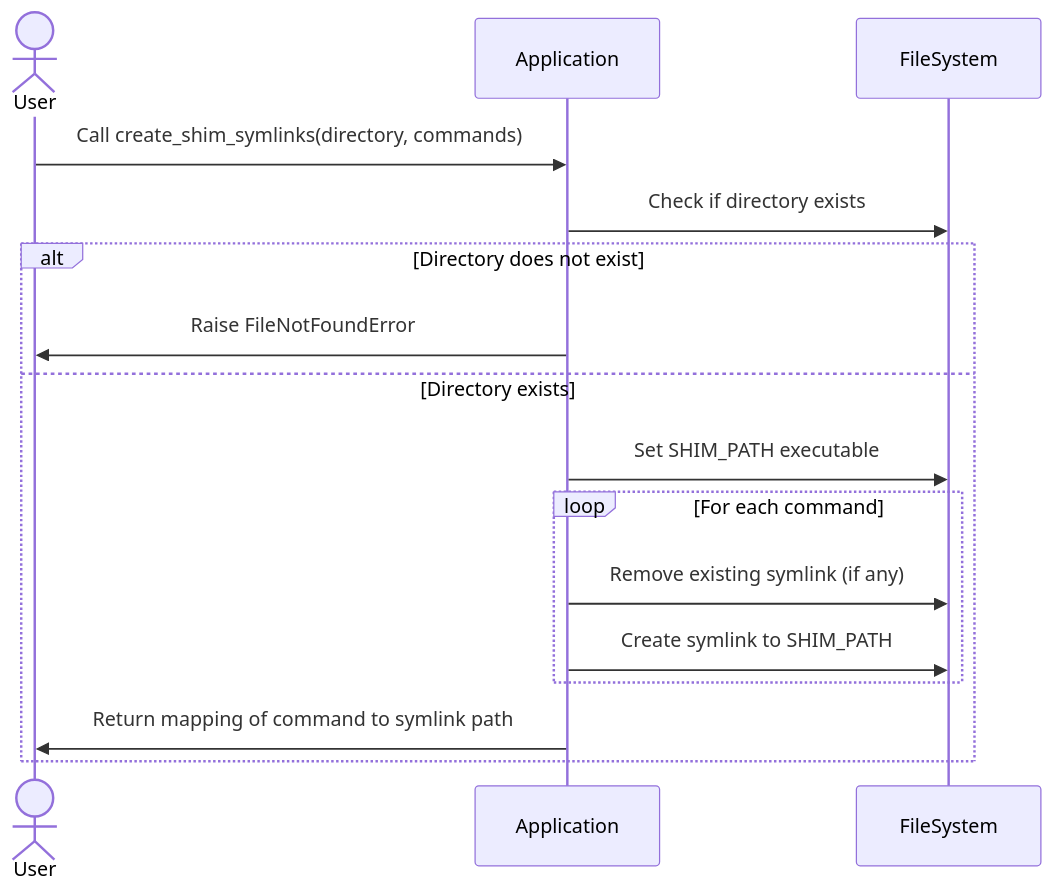
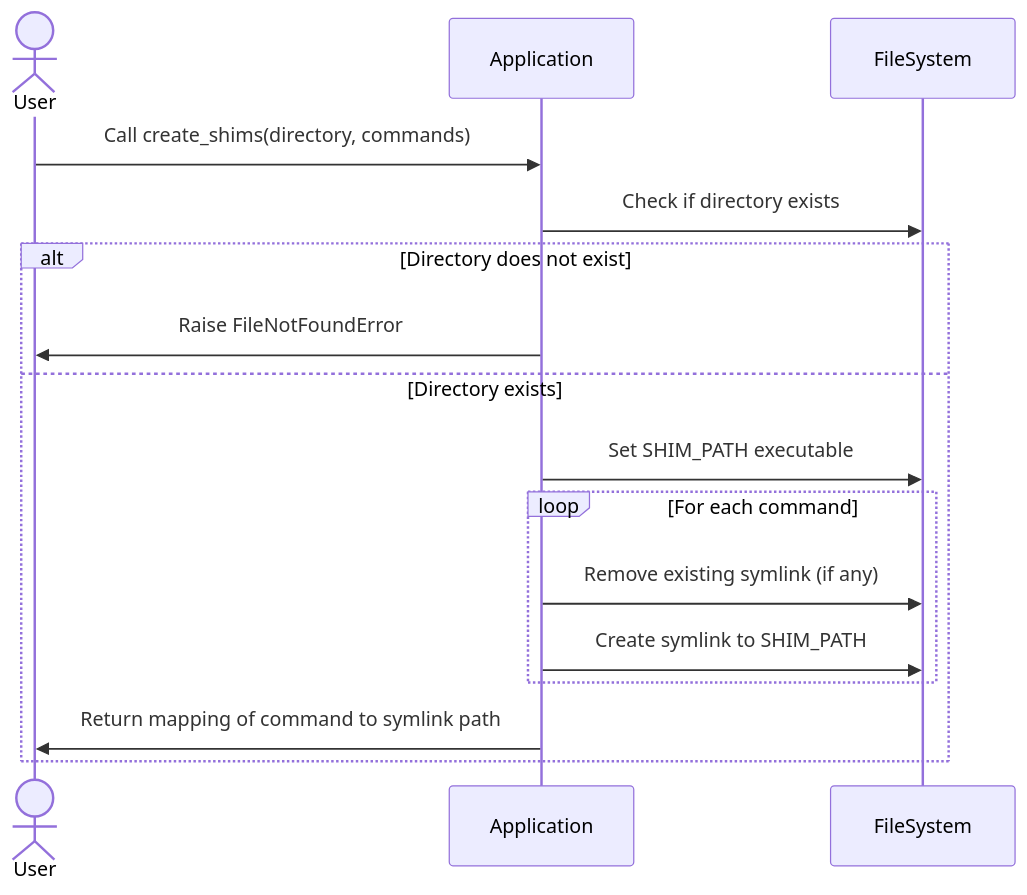
The fourth of 31 diagrams in docs/python-native-command-mocking-design.md (leynos/cmd-mox), drawn with Mermaid before and after one commit. The commit also changed other lines of this file and 11 other files, not shown here.

````diff
--- a/docs/python-native-command-mocking-design.md
+++ b/docs/python-native-command-mocking-design.md
@@ -590,18 +590,18 @@
 ```mermaid
 sequenceDiagram
     actor User
     participant App as Application
     participant FS as FileSystem
-    User->>App: Call create_shim_symlinks(directory, commands)
+    User->>App: Call create_shims(directory, commands)
     App->>FS: Check if directory exists
     alt Directory does not exist
         App->>User: Raise FileNotFoundError
     else Directory exists
         App->>FS: Set SHIM_PATH executable
         loop For each command
             App->>FS: Remove existing symlink (if any)
             App->>FS: Create symlink to SHIM_PATH
         end
         App->>User: Return mapping of command to symlink path
     end
 ```
````
